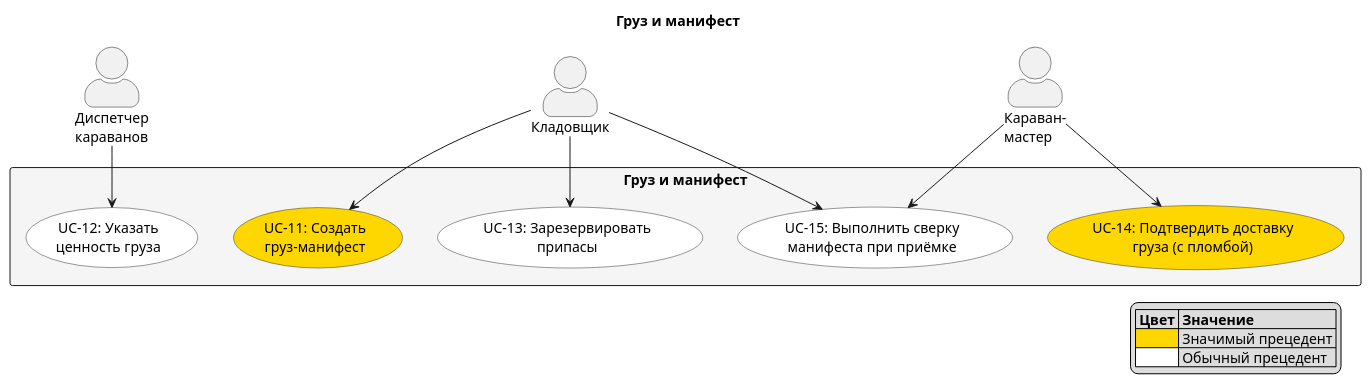
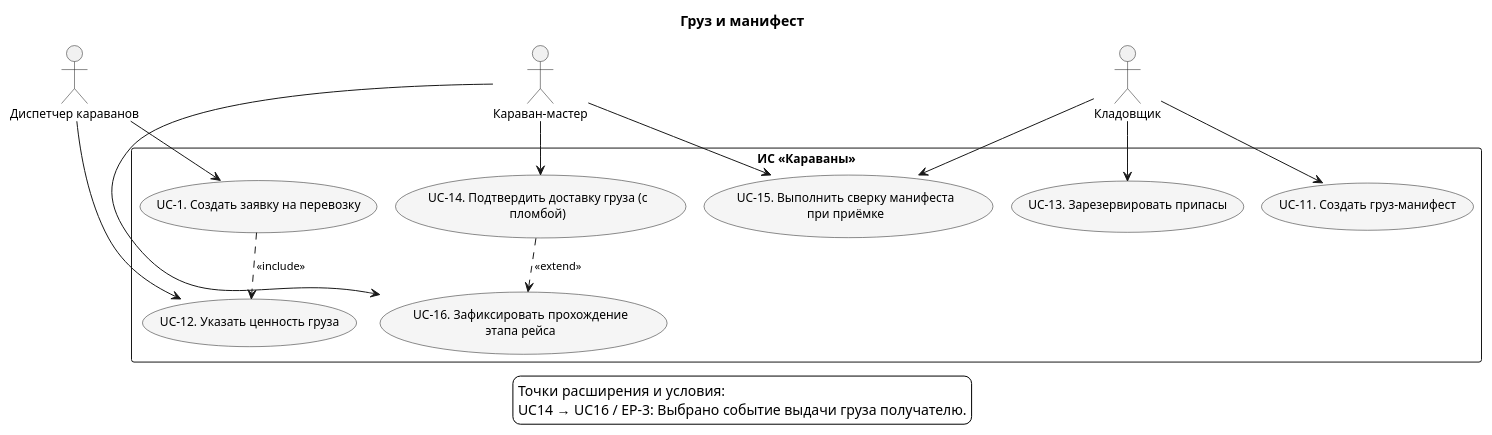
Before and after one commit to granikartem/MPI: the diagram in docs/diagrams/usecases/UC_4_Cargo.puml, drawn with PlantUML. The commit also changed 319 other files, not shown here.

Commit message:
Добавлены диаграммы

```diff
--- a/docs/diagrams/usecases/UC_4_Cargo.puml
+++ b/docs/diagrams/usecases/UC_4_Cargo.puml
@@ -1,33 +1,51 @@
 @startuml UC_4_Cargo
-skinparam actorStyle awesome
-skinparam usecaseBackgroundColor #White
-skinparam usecaseBorderColor #333333
-skinparam rectangleBackgroundColor #F5F5F5
-
+!pragma layout smetana
+skinparam shadowing false
+skinparam defaultFontName Arial
+skinparam defaultFontSize 12
+skinparam backgroundColor white
+skinparam nodesep 75
+skinparam ranksep 100
+skinparam ArrowFontSize 11
+skinparam usecaseBackgroundColor #F5F5F5
+skinparam activityBackgroundColor #F5F5F5
+top to bottom direction
 title Груз и манифест
 
-actor "Диспетчер\nкараванов" as Dispatcher
+actor "Диспетчер караванов" as Dispatcher
+actor "Караван-мастер" as CaravanMaster
 actor "Кладовщик" as Storekeeper
-actor "Караван-\nмастер" as CaravanMaster
-
-rectangle "Груз и манифест" {
-  usecase "UC-11: Создать\nгруз-манифест" as UC11 #Gold
-  usecase "UC-12: Указать\nценность груза" as UC12
-  usecase "UC-13: Зарезервировать\nприпасы" as UC13
-  usecase "UC-14: Подтвердить доставку\nгруза (с пломбой)" as UC14 #Gold
-  usecase "UC-15: Выполнить сверку\nманифеста при приёмке" as UC15
+rectangle "ИС «Караваны»" as SystemBoundary {
+  usecase "UC-1. Создать заявку на перевозку" as UC1
+  usecase "UC-11. Создать груз-манифест" as UC11
+  usecase "UC-12. Указать ценность груза" as UC12
+  usecase "UC-13. Зарезервировать припасы" as UC13
+  usecase "UC-14. Подтвердить доставку груза (с\nпломбой)" as UC14
+  usecase "UC-15. Выполнить сверку манифеста\nпри приёмке" as UC15
+  usecase "UC-16. Зафиксировать прохождение\nэтапа рейса" as UC16
 }
-
+' edge:R061
+UC1 ..> UC12 : <<include>>
+' edge:R068
+UC14 ..> UC16 : <<extend>>
+' edge:R001
+Dispatcher --> UC1
+' edge:R011
+Dispatcher --> UC12
+' edge:R024
+CaravanMaster --> UC14
+' edge:R025
+CaravanMaster --> UC15
+' edge:R026
+CaravanMaster --> UC16
+' edge:R033
 Storekeeper --> UC11
-Dispatcher --> UC12
+' edge:R034
 Storekeeper --> UC13
-CaravanMaster --> UC14
+' edge:R035
 Storekeeper --> UC15
-CaravanMaster --> UC15
-
-legend right
-  |= Цвет |= Значение |
-  | <#Gold> | Значимый прецедент |
-  | <#White> | Обычный прецедент |
+legend bottom
+  Точки расширения и условия:
+  UC14 → UC16 / EP-3: Выбрано событие выдачи груза получателю.
 endlegend
 @enduml
```
